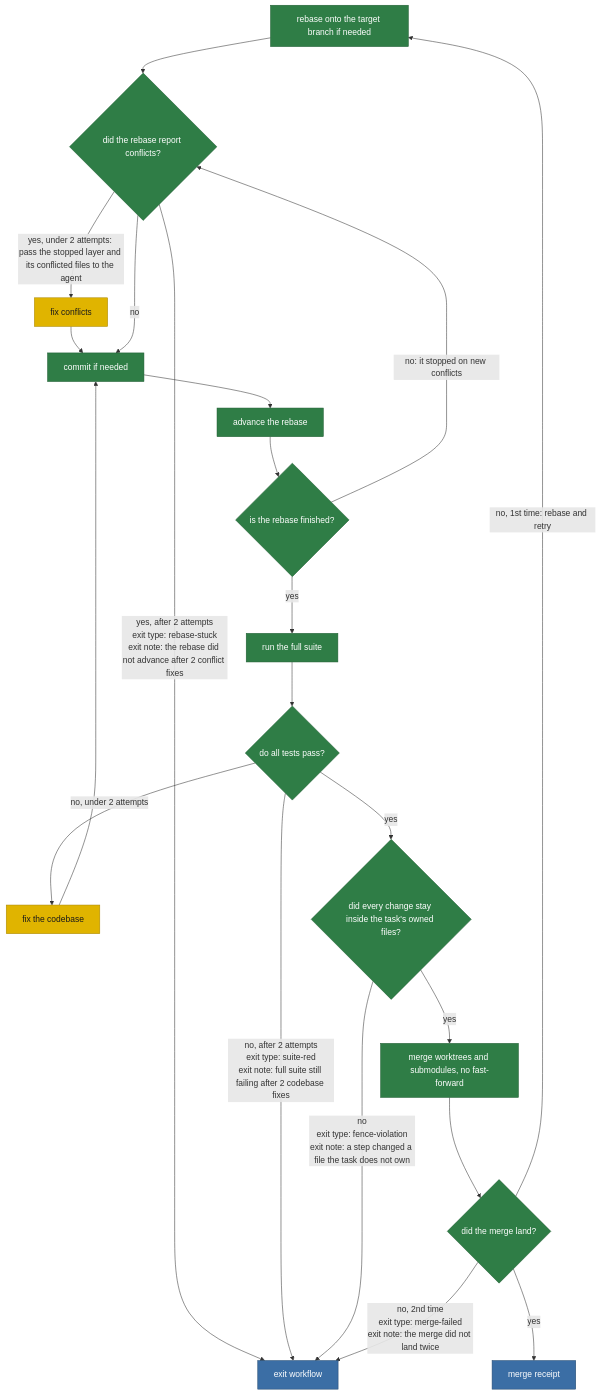
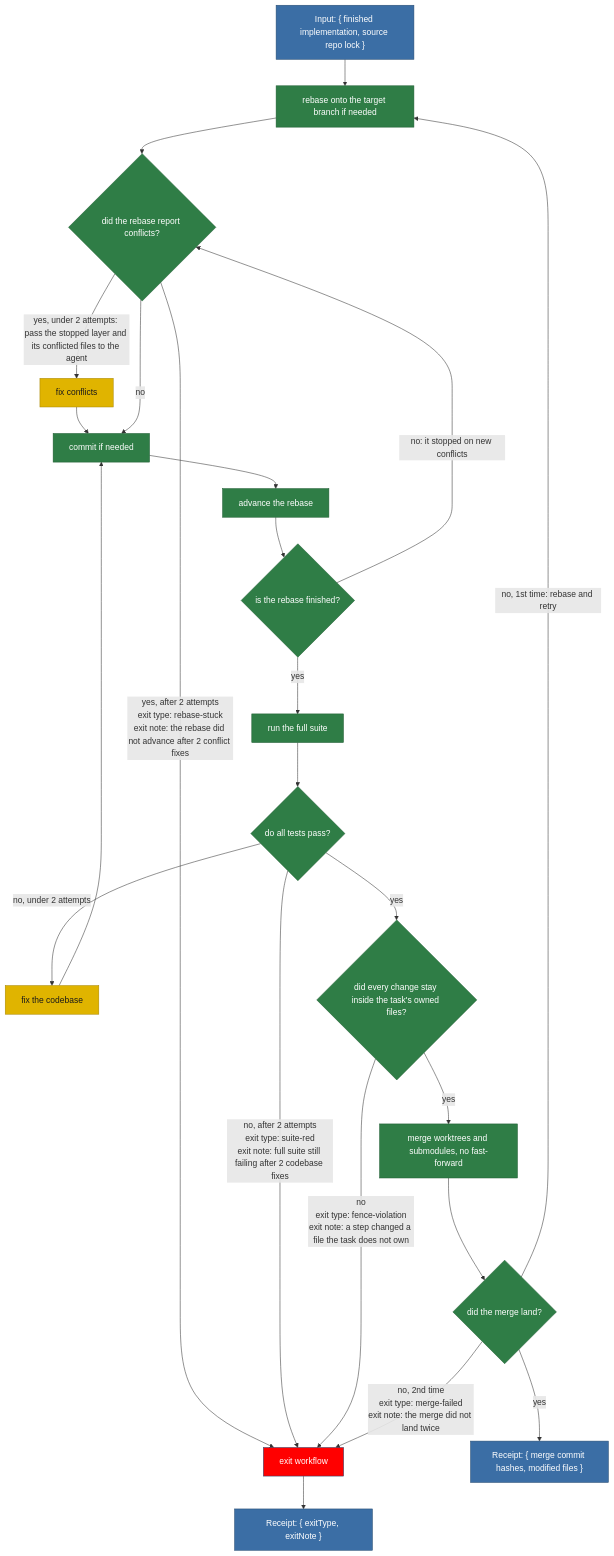
Before and after one commit to matkatmusic/taskTools: the diagram in plans/diagram/pipeline-rebaseMerge.mmd, drawn with Mermaid. The commit also changed 7 other files, not shown here.

```diff
--- a/plans/diagram/pipeline-rebaseMerge.mmd
+++ b/plans/diagram/pipeline-rebaseMerge.mmd
@@ -1,83 +1,86 @@
 flowchart TB
 %% REBASE AND MERGE PIPELINE. Split from pipeline.mmd.
 %% Input: a finished implementation from the implement and test pipeline, with
 %% the source repo already locked by that pipeline's last box.
 %% Starts at "rebase onto the target branch if needed".
 %% Ends with a merge receipt, or with an exit.
 %% Rules that apply everywhere, not steps:
 %%   1. Every git interaction goes through a script. Never prose.
 %%   2. Every read and write of tasks.json is atomic.
 %%   3. "fix the codebase" edits source, not tests.
 %%   4. Never progress past a suite run until every test passes.
 %%   5. Every test loop runs commit the work -> test the work -> repair the work.
 %%      A repair is never tested until it is committed, so each loop re-enters at
 %%      its "commit if needed" box, never at the test box.
 %%   6. "commit if needed" commits nothing when the worktree is clean. Its message
 %%      is derived, not chosen: every commit here is a repair to code that made
 %%      tests fail, or a resolved conflict.
 %%   7. Every box that touches the working tree operates on every repository
 %%      layer, deepest submodule first, root last: commit, run tests, record
 %%      modified files, the fence check, rebase, advance and merge all walk the
 %%      same occurrence tree. Boxes that only read or write tasks.json do not.
 %%   8. The source repo lock is already held when this pipeline starts and stays
 %%      held until the exit workflow releases it. The rebase re-reads the source
 %%      tip after the lock is acquired. A merge retry re-enters at the rebase
 %%      box, not at the lock box: re-acquiring the same owner token is a no-op.
 %%      Every box here refreshes the lock's heartbeat, so a lock whose heartbeat
 %%      has gone cold is recoverable. A warm lock is waited on; a cold lock stops
 %%      the waiting run and prints the exact owner token. It can be removed only
 %%      by the explicit recoverSourceRepoLock.ts maintenance script with an exact
 %%      typed confirmation; the workflow never invokes recovery itself. Elapsed
 %%      time alone never authorizes takeover.
 %%   9. A script that fails operationally, as opposed to returning a verdict,
 %%      exits the run as run-failed. No step is retried after it has mutated
 %%      anything. The task is already active and a worktree already exists here,
 %%      so the exit workflow always runs in full.
 %%  10. A mutating box whose result is lost is never blindly retried and never
 %%      assumed failed. Each one, including a test box that records its result,
 %%      has a read-only reconciliation check that reads the world and decides
 %%      whether it already happened. A safe idempotent rerun happens only after
 %%      reconciliation proves it did not complete. Only an ambiguous loss is
 %%      run-failed.
 %% Exit types this pipeline can produce:
 %%   rebase-stuck       - the rebase did not advance after 2 conflict fixes
 %%   suite-red          - full suite still failing after 2 fix attempts
 %%   fence-violation    - a step changed a file the task does not own
 %%   merge-failed       - the merge did not land twice
 %%   run-failed         - a script failed operationally
 %% run-failed is deliberately not drawn as an edge. It can leave ANY green box,
 %% so drawing it would add one edge per box and hide the flow. Rule 9 is its
 %% specification: a non-zero exit from any script goes straight to the exit
 %% workflow with exit type run-failed and the script's stderr as the note.
 %% The merge receipt this pipeline emits - the merge commit hashes and the set of
 %% modified files - is the input to the exit workflow's success tail.
 
+  INPUT["Input: { finished implementation, source repo lock }"] --> RBX
   RBX["rebase onto the target branch if needed"] --> QC{"did the rebase report conflicts?"}
   QC -- "yes, under 2 attempts: pass the stopped layer and its conflicted files to the agent" --> FIX["fix conflicts"]
   FIX --> CS
   QC -- "yes, after 2 attempts<br/>exit type: rebase-stuck<br/>exit note: the rebase did not advance after 2 conflict fixes" --> EXITWF
   QC -- no --> CS["commit if needed"]
   CS --> ADV["advance the rebase"]
   ADV --> QADV{"is the rebase finished?"}
   QADV -- "no: it stopped on new conflicts" --> QC
   QADV -- yes --> FULL["run the full suite"]
   FULL --> QF{"do all tests pass?"}
   QF -- "no, under 2 attempts" --> FIXC["fix the codebase"]
   FIXC --> CS
   QF -- "no, after 2 attempts<br/>exit type: suite-red<br/>exit note: full suite still failing after 2 codebase fixes" --> EXITWF
   QF -- yes --> QFENCE{"did every change stay inside the task's owned files?"}
   QFENCE -- "no<br/>exit type: fence-violation<br/>exit note: a step changed a file the task does not own" --> EXITWF
   QFENCE -- yes --> B["merge worktrees and submodules, no fast-forward"]
   B --> Q4{"did the merge land?"}
   Q4 -- "no, 1st time: rebase and retry" --> RBX
   Q4 -- "no, 2nd time<br/>exit type: merge-failed<br/>exit note: the merge did not land twice" --> EXITWF
-  Q4 -- yes --> RECEIPT["merge receipt"]
+  Q4 -- yes --> RECEIPT["Receipt: { merge commit hashes, modified files }"]
 
-  EXITWF["exit workflow"]
+  EXITWF["exit workflow"] --> FAIL_RECEIPT["Receipt: { exitType, exitNote }"]
 
   classDef script fill:#2f7d46,stroke:#1e5c31,color:#ffffff
   classDef prose fill:#e0b400,stroke:#a88600,color:#1a1a1a
   classDef output fill:#3b6ea5,stroke:#254a70,color:#ffffff
+  classDef fail fill:red,stroke:#254a70,color:#ffffff
   class RBX,QC,CS,ADV,QADV,FULL,QF,QFENCE,B,Q4 script
   class FIX,FIXC prose
-  class RECEIPT,EXITWF output
+  class EXITWF fail
+  class INPUT,RECEIPT,FAIL_RECEIPT output
```
